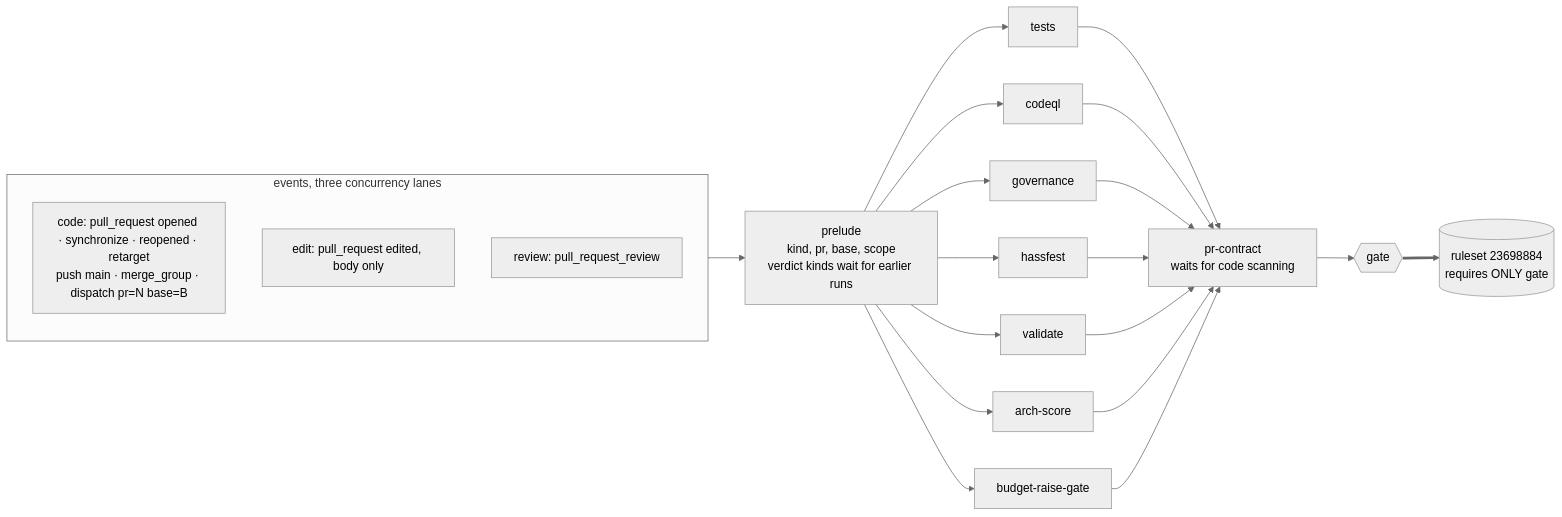
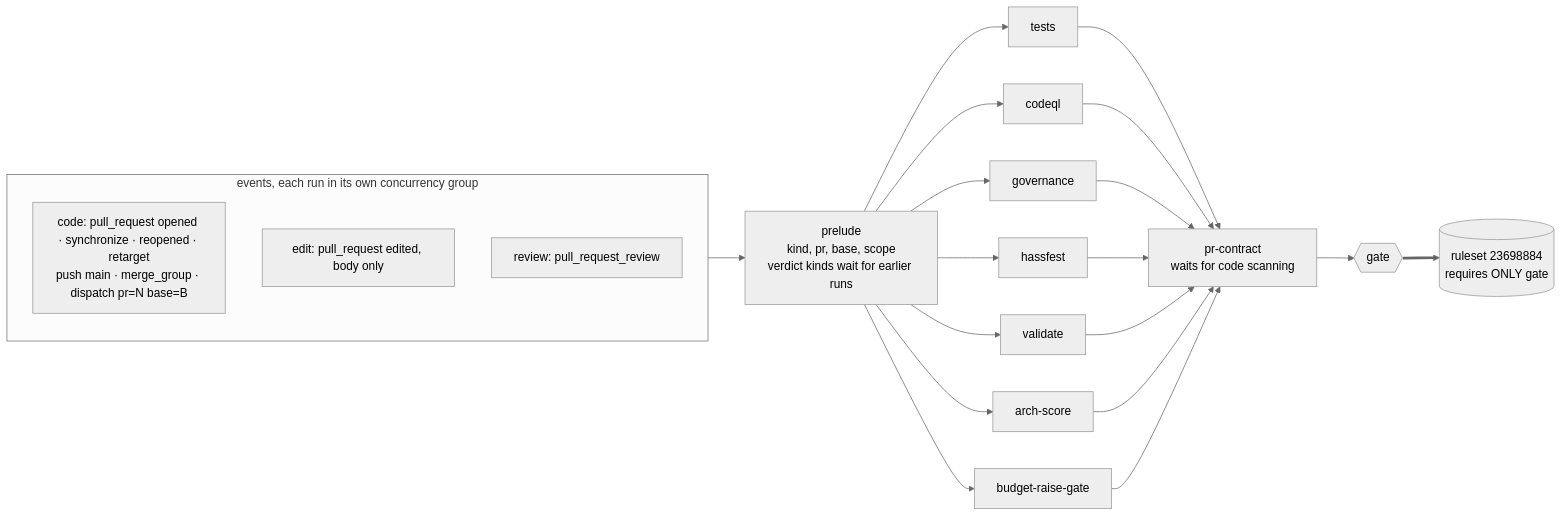
One commit to tvofi/heatpump_optimizer changed the first of 2 diagrams in DESIGN-P2.md. Above: the diagram before and after it, drawn with Mermaid (neutral theme). The commit also changed other lines of this file and 12 other files, not shown here.

````diff
--- a/DESIGN-P2.md
+++ b/DESIGN-P2.md
@@ -34,19 +49,19 @@
 ```mermaid
 flowchart LR
-  subgraph EV[events, three concurrency lanes]
+  subgraph EV[events, each run in its own concurrency group]
     E1[code: pull_request opened · synchronize · reopened · retarget<br/>push main · merge_group · dispatch pr=N base=B]
     E2[edit: pull_request edited, body only]
     E3[review: pull_request_review]
   end
   EV --> PRE[prelude<br/>kind, pr, base, scope<br/>verdict kinds wait for earlier runs]
   PRE --> T[tests]
   PRE --> C[codeql]
   PRE --> G[governance]
   PRE --> H[hassfest]
   PRE --> V[validate]
   PRE --> A[arch-score]
   PRE --> B[budget-raise-gate]
   T & C & G & H & V & A & B --> K[pr-contract<br/>waits for code scanning]
   K --> Z{{gate}}
   Z ==> R[(ruleset 23698884<br/>requires ONLY gate)]
 ```
````
